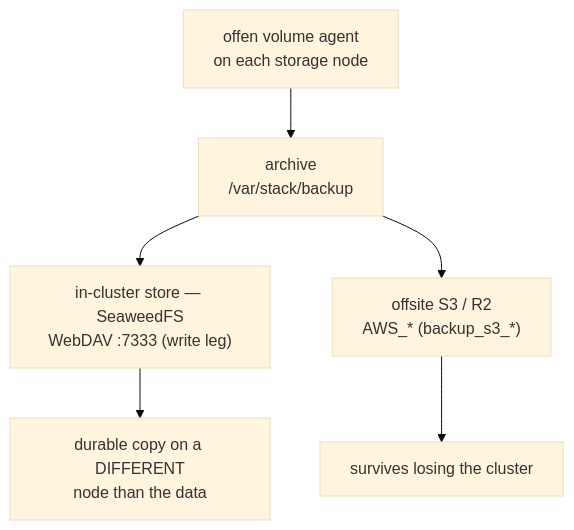
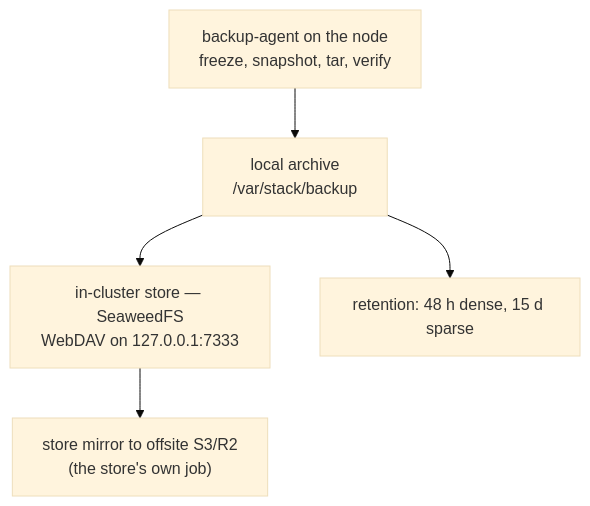
One commit to hazemarian/poor-man-cluster changed the fourth of 9 diagrams in docs/storage-and-databases.md. Above: the diagram before and after it, drawn with Mermaid (base theme). The commit also changed other lines of this file and 8 other files, not shown here.

First line of the commit message:
docs: rewrite the backup chapter for the shipped design, embed the diagram

````diff
--- a/docs/storage-and-databases.md
+++ b/docs/storage-and-databases.md
@@ -189,8 +252,7 @@
 ```mermaid
 flowchart TD
-    AG["offen volume agent<br/>on each storage node"] --> AR["archive<br/>/var/stack/backup"]
-    AR --> WD["in-cluster store — SeaweedFS<br/>WebDAV :7333 (write leg)"]
-    AR --> S3["offsite S3 / R2<br/>AWS_* (backup_s3_*)"]
-    WD --> O1["durable copy on a DIFFERENT<br/>node than the data"]
-    S3 --> O2["survives losing the cluster"]
+    A["backup-agent on the node<br/>freeze, snapshot, tar, verify"] --> L["local archive<br/>/var/stack/backup"]
+    L --> W["in-cluster store — SeaweedFS<br/>WebDAV on 127.0.0.1:7333"]
+    W --> M["store mirror to offsite S3/R2<br/>(the store's own job)"]
+    L --> R["retention: 48 h dense, 15 d sparse"]
 ```
````
